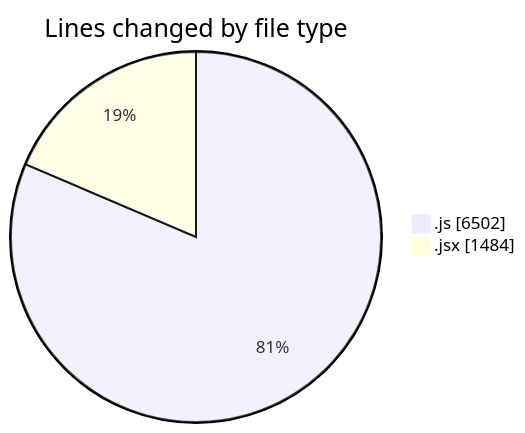
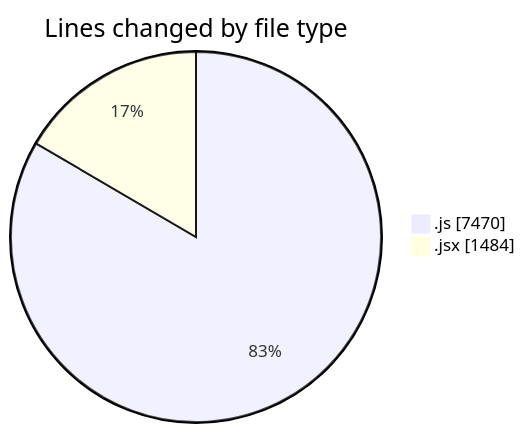
One commit to nxtqubesakshisongat/code-tracking changed the first of 2 diagrams in 2025-09-24/nxtqube_webapp/README.md. Above: the diagram before and after it, drawn with Mermaid. The commit also changed other lines of this file and 1 other file, not shown here.

````diff
--- a/2025-09-24/nxtqube_webapp/README.md
+++ b/2025-09-24/nxtqube_webapp/README.md
@@ -23,6 +23,6 @@
 ```mermaid
 pie showData
 title Lines changed by file type
-".js" : 6502
+".js" : 7470
 ".jsx" : 1484
 ```
````
